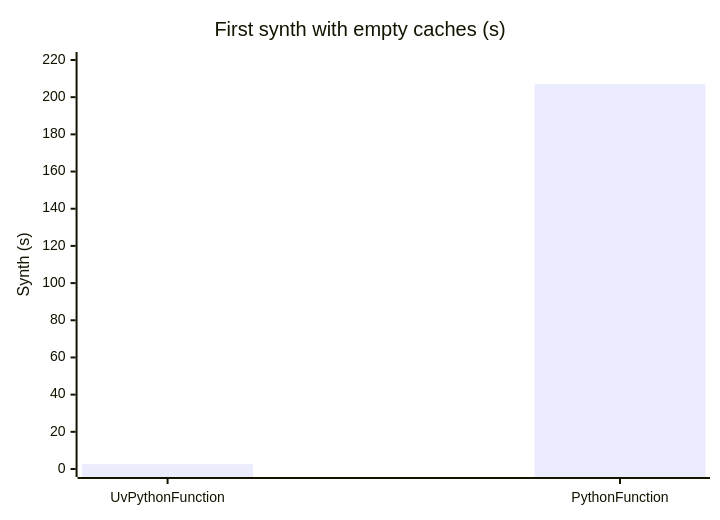
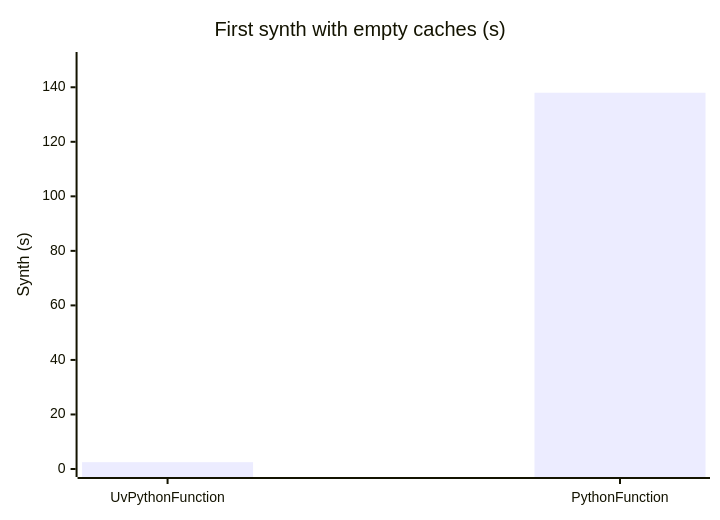
The second of 2 diagrams in cdk/lambda-python-uv-enhanced/README.md (garysassano/aws-examples), drawn with Mermaid before and after one commit. The commit also changed other lines of this file and 5 other files, not shown here.

````diff
--- a/cdk/lambda-python-uv-enhanced/README.md
+++ b/cdk/lambda-python-uv-enhanced/README.md
@@ -51,7 +67,7 @@
 ```mermaid
 xychart-beta
   title "First synth with empty caches (s)"
   x-axis ["UvPythonFunction", "PythonFunction"]
-  y-axis "Synth (s)" 0 --> 220
-  bar [2.6, 207]
+  y-axis "Synth (s)" 0 --> 150
+  bar [2.5, 138]
 ```
````
